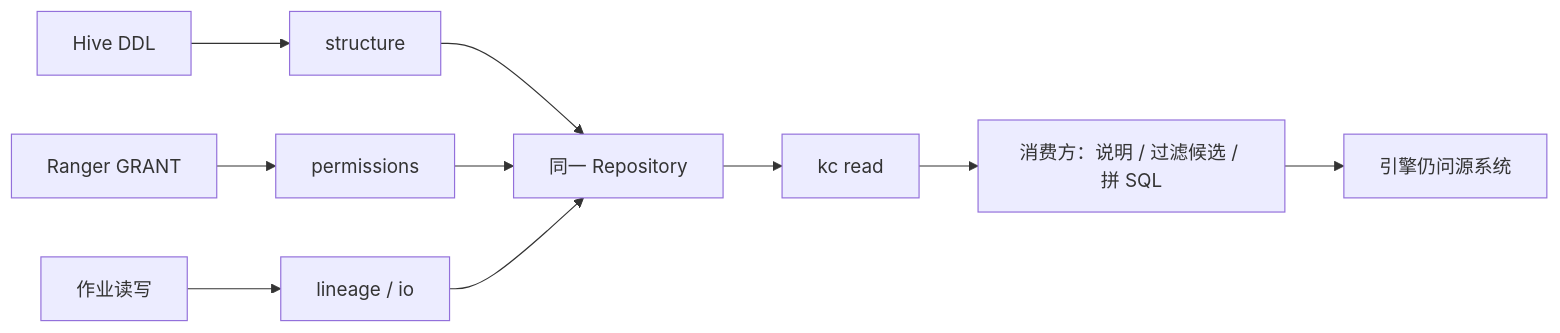
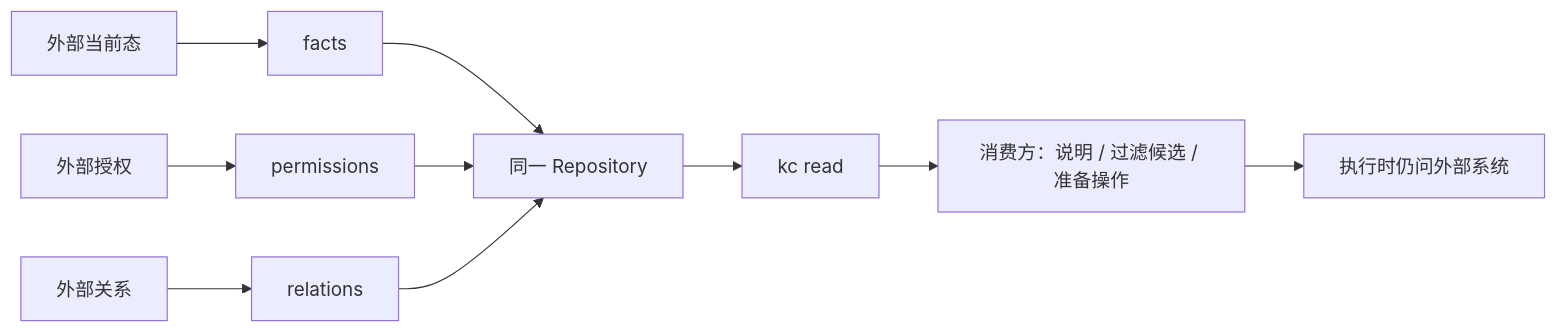
The second of 2 diagrams in docs/PERMISSIONS.md (AlexKaiqi/knowledge-catalog), drawn with Mermaid before and after one commit. The commit also changed other lines of this file and 28 other files, not shown here.

````diff
--- a/docs/PERMISSIONS.md
+++ b/docs/PERMISSIONS.md
@@ -67,13 +67,13 @@
 ```mermaid
 %% diagram:permissions-as-knowledge
 flowchart LR
-  Hive["Hive DDL"] --> S["structure"]
-  Ranger["Ranger GRANT"] --> P["permissions"]
-  Job["作业读写"] --> L["lineage / io"]
+  Source["外部当前态"] --> S["facts"]
+  Auth["外部授权"] --> P["permissions"]
+  Relation["外部关系"] --> L["relations"]
   S --> Repo["同一 Repository"]
   P --> Repo
   L --> Repo
   Repo --> Read["kc read"]
-  Read --> App["消费方：说明 / 过滤候选 / 拼 SQL"]
-  App --> Eng["引擎仍问源系统"]
+  Read --> App["消费方：说明 / 过滤候选 / 准备操作"]
+  App --> Eng["执行时仍问外部系统"]
 ```
````
